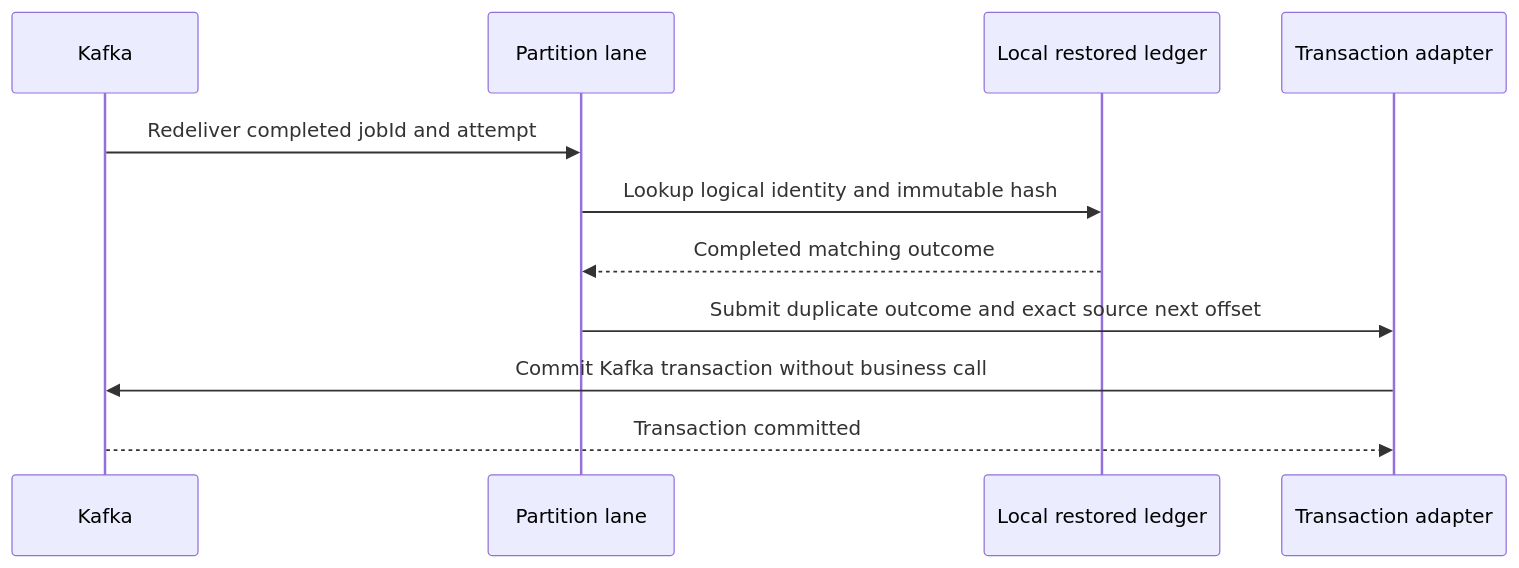
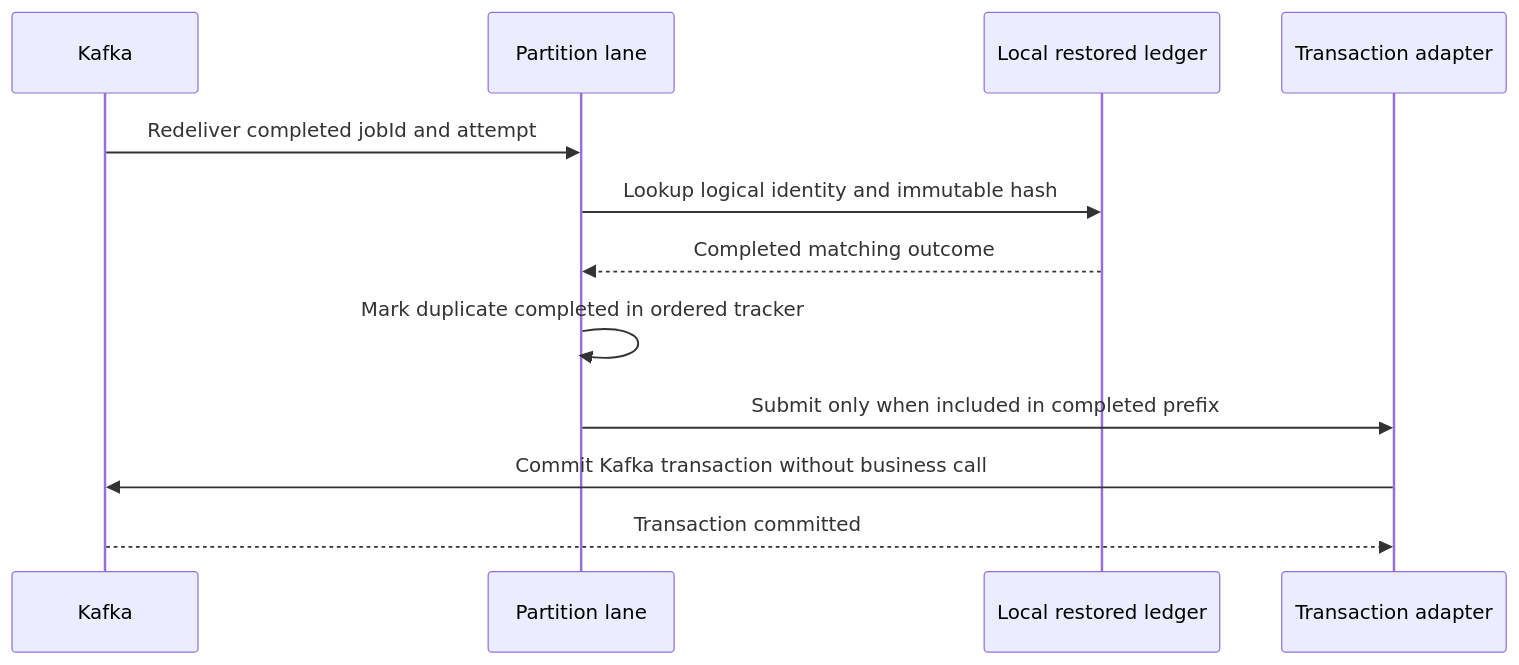
Before and after one commit to spakai/job_scheduling_simulation: the sixth of 9 diagrams in specs/007-vertx-kafka-pull-worker/arc42.md, drawn with Mermaid. The commit also changed other lines of this file and 2 other files, not shown here.

````diff
--- a/specs/007-vertx-kafka-pull-worker/arc42.md
+++ b/specs/007-vertx-kafka-pull-worker/arc42.md
@@ -281,14 +283,15 @@
 ```mermaid
 sequenceDiagram
     participant K as Kafka
     participant L as Partition lane
     participant S as Local restored ledger
     participant T as Transaction adapter
 
     K->>L: Redeliver completed jobId and attempt
     L->>S: Lookup logical identity and immutable hash
     S-->>L: Completed matching outcome
-    L->>T: Submit duplicate outcome and exact source next offset
+    L->>L: Mark duplicate completed in ordered tracker
+    L->>T: Submit only when included in completed prefix
     T->>K: Commit Kafka transaction without business call
     K-->>T: Transaction committed
 ```
````
